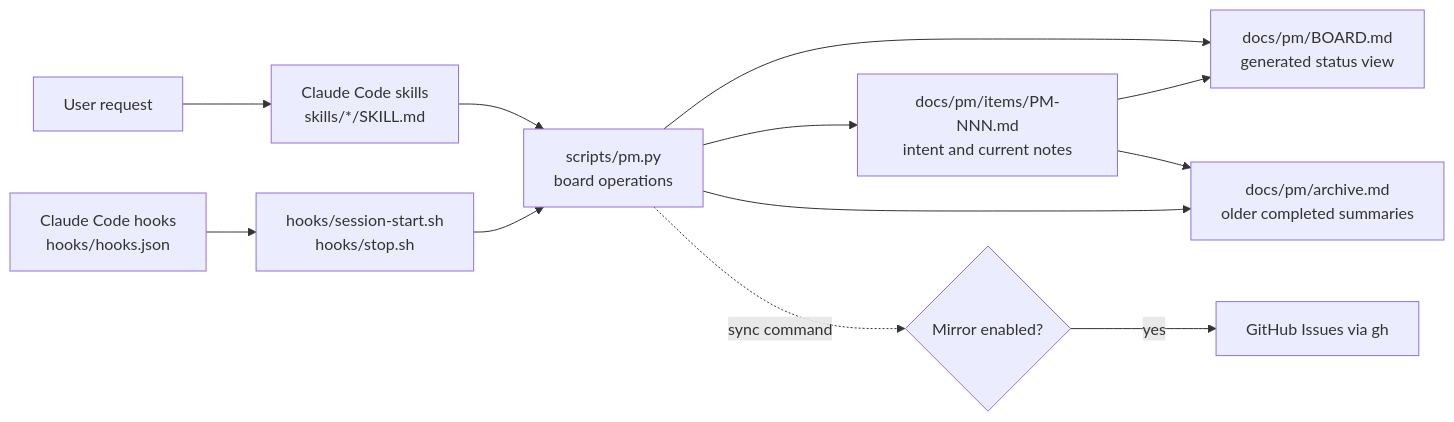
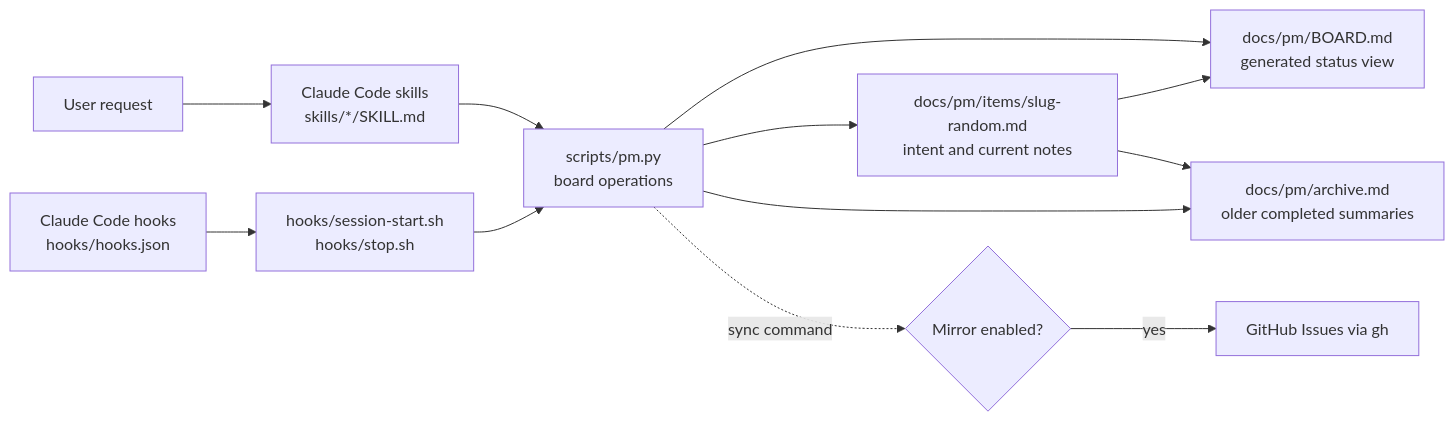
Before and after one commit to yehezkieled/pm-plugin: the first of 2 diagrams in docs/architecture.md, drawn with Mermaid. The commit also changed other lines of this file and 6 other files, not shown here.

````diff
--- a/docs/architecture.md
+++ b/docs/architecture.md
@@ -7,14 +7,14 @@
 ```mermaid
 flowchart LR
   U[User request] --> S[Claude Code skills<br/>skills/*/SKILL.md]
   S --> C[scripts/pm.py<br/>board operations]
   C --> B[docs/pm/BOARD.md<br/>generated status view]
-  C --> I[docs/pm/items/PM-NNN.md<br/>intent and current notes]
+  C --> I[docs/pm/items/slug-random.md<br/>intent and current notes]
   C --> A[docs/pm/archive.md<br/>older completed summaries]
   H[Claude Code hooks<br/>hooks/hooks.json] --> SH[hooks/session-start.sh<br/>hooks/stop.sh]
   SH --> C
   G{Mirror enabled?} -->|yes| GH[GitHub Issues via gh]
   C -. sync command .-> G
   I --> B
   I --> A
 ```
````
